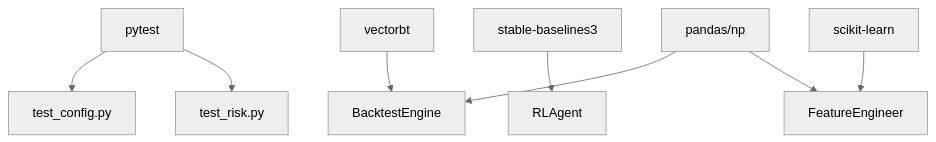
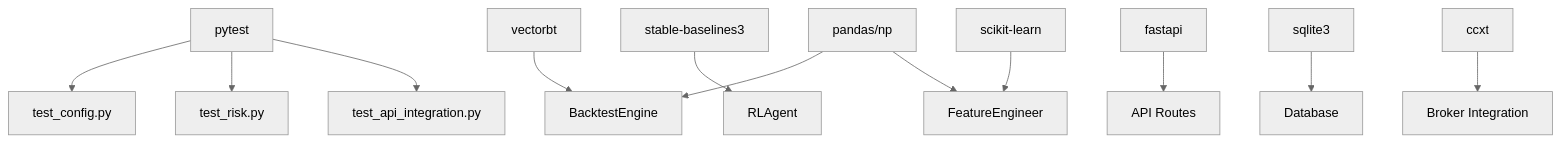
One commit to cavraeg-eng/Trading-App changed diagram 13 of 13 in .qoder/repowiki/en/content/Testing Strategy.md. Above: the diagram before and after it, drawn with Mermaid (neutral theme). The commit also changed other lines of this file and 138 other files, not shown here.

First line of the commit message:
feat(LiveTrading): add MT5-style chart overlay for entry/SL/TP levels

````diff
--- a/.qoder/repowiki/en/content/Testing Strategy.md
+++ b/.qoder/repowiki/en/content/Testing Strategy.md
@@ -277,10 +532,14 @@
 ```mermaid
 graph TB
 PY["pytest"] --> TCFG["test_config.py"]
 PY --> TRISK["test_risk.py"]
+PY --> TAPI["test_api_integration.py"]
 VBT["vectorbt"] --> BE["BacktestEngine"]
 SB3["stable-baselines3"] --> AG["RLAgent"]
 SK["scikit-learn"] --> FE["FeatureEngineer"]
 PD["pandas/np"] --> BE
 PD --> FE
+FAPI["fastapi"] --> API["API Routes"]
+SQLITE["sqlite3"] --> DB["Database"]
+CCXT["ccxt"] --> BROKER["Broker Integration"]
 ```
````
